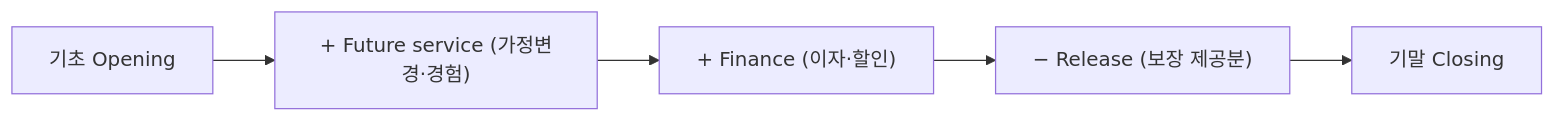
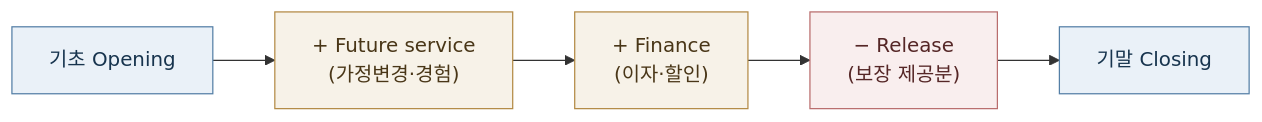
One commit to seokhoonj/fastcashflow changed the diagram in docs/cookbook/workflow/movement.md. Above: the diagram before and after it, drawn with Mermaid. The commit also changed 14 other files, not shown here.

First line of the commit message:
docs: unify every diagram to one flowchart style and fix the brief/figure layout

````diff
--- a/docs/cookbook/workflow/movement.md
+++ b/docs/cookbook/workflow/movement.md
@@ -104,7 +104,13 @@
 ```{mermaid}
 flowchart LR
-    O["기초 Opening"] --> FS["+ Future service (가정변경·경험)"]
-    FS --> FIN["+ Finance (이자·할인)"]
-    FIN --> REL["− Release (보장 제공분)"]
+    O["기초 Opening"] --> FS["+ Future service<br/>(가정변경·경험)"]
+    FS --> FIN["+ Finance<br/>(이자·할인)"]
+    FIN --> REL["− Release<br/>(보장 제공분)"]
     REL --> C["기말 Closing"]
+    classDef stock fill:#eaf1f8,stroke:#547fa6,color:#17344e
+    classDef outflow fill:#f9eeee,stroke:#b96d6d,color:#552626
+    classDef step fill:#f7f2e8,stroke:#b38a45,color:#493617
+    class O,C stock
+    class FS,FIN step
+    class REL outflow
 ```
````
